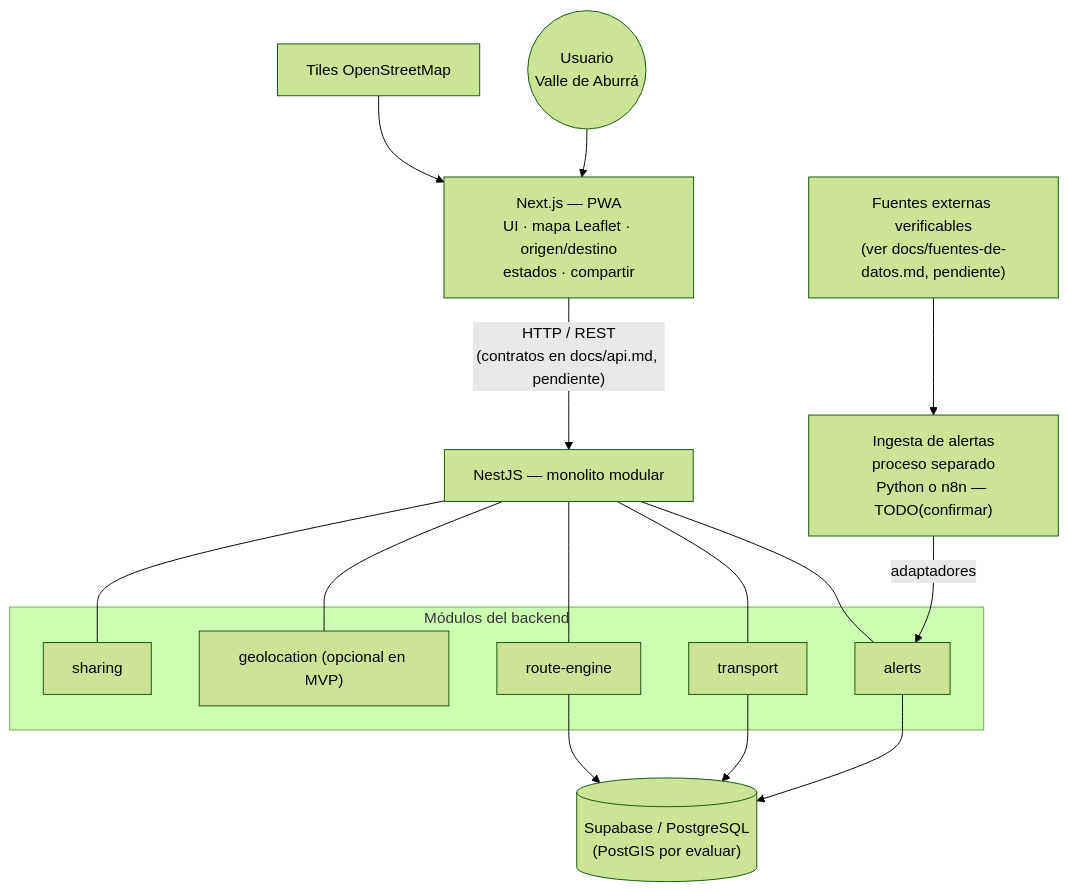
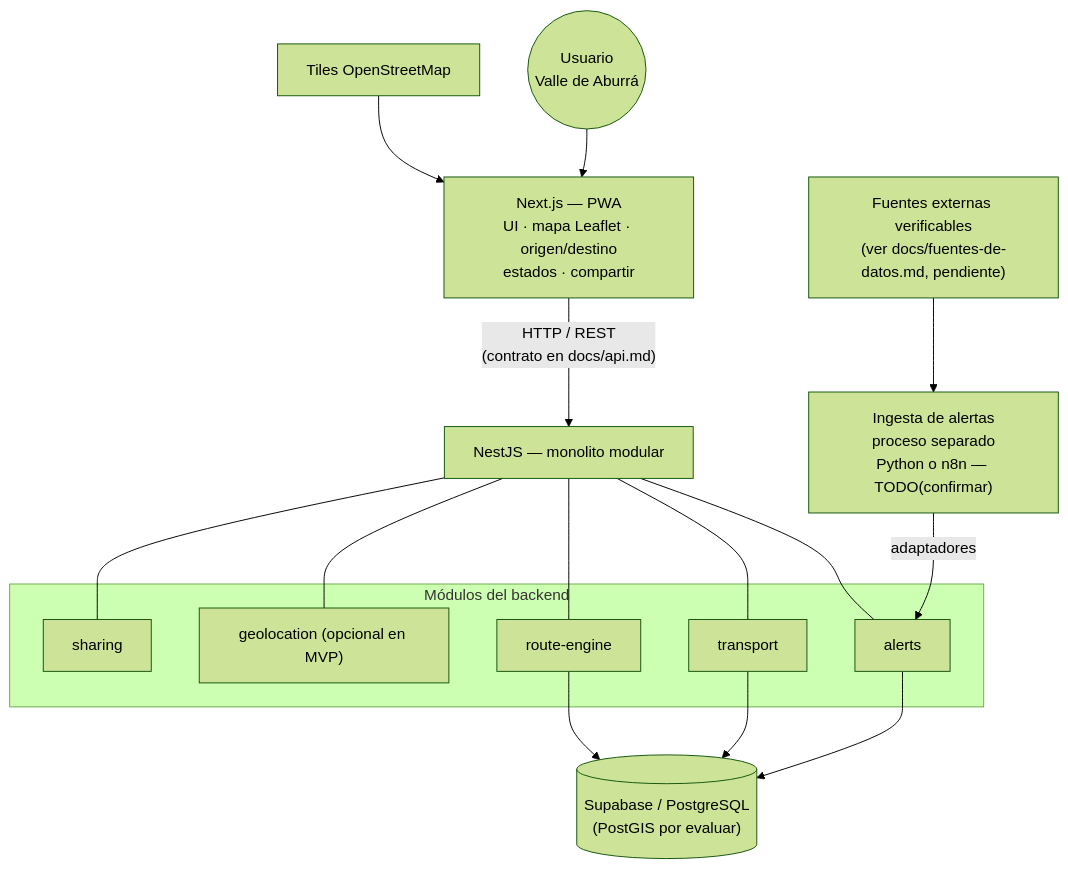
Before and after one commit to Synvora-X/MetroAlert: the first of 3 diagrams in docs/arquitectura.md, drawn with Mermaid (forest theme). The commit also changed other lines of this file and 5 other files, not shown here.

````diff
--- a/docs/arquitectura.md
+++ b/docs/arquitectura.md
@@ -31,24 +31,24 @@
 ```mermaid
 flowchart TD
     U(("Usuario<br/>Valle de Aburrá")) --> FE["Next.js — PWA<br/>UI · mapa Leaflet · origen/destino<br/>estados · compartir"]
-    FE -- "HTTP / REST<br/>(contratos en docs/api.md, pendiente)" --> BE["NestJS — monolito modular"]
+    FE -- "HTTP / REST<br/>(contrato en docs/api.md)" --> BE["NestJS — monolito modular"]
 
     subgraph MOD["Módulos del backend"]
         M1["alerts"]
         M2["transport"]
         M3["route-engine"]
         M4["geolocation (opcional en MVP)"]
         M5["sharing"]
     end
 
     BE --- M1
     BE --- M2
     BE --- M3
     BE --- M4
     BE --- M5
 
     M1 & M2 & M3 --> DB[("Supabase / PostgreSQL<br/>(PostGIS por evaluar)")]
     ING["Ingesta de alertas<br/>proceso separado<br/>Python o n8n — TODO(confirmar)"] -->|"adaptadores"| M1
     SRC["Fuentes externas verificables<br/>(ver docs/fuentes-de-datos.md, pendiente)"] --> ING
     TILES["Tiles OpenStreetMap"] --> FE
 ```
````
